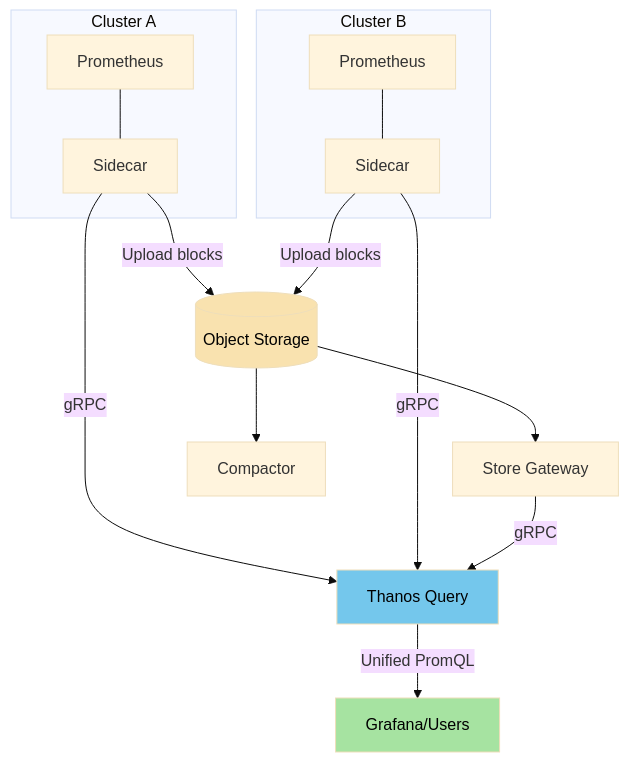
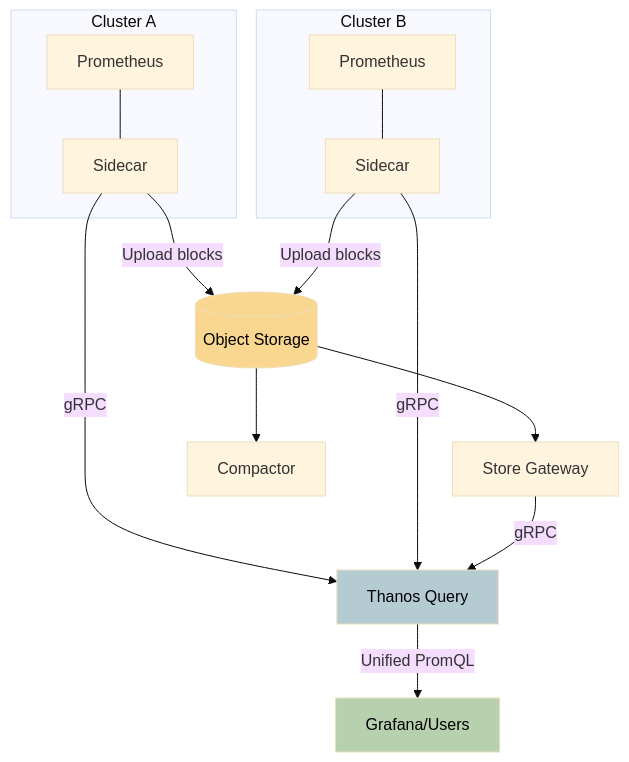
Before and after one commit to polo871209/blog: the diagram in src/content/logs/scaling_prometheus_with_thanos.md, drawn with Mermaid (base theme). The commit also changed 37 other files, not shown here.

````diff
--- a/src/content/logs/scaling_prometheus_with_thanos.md
+++ b/src/content/logs/scaling_prometheus_with_thanos.md
@@ -107,26 +107,26 @@
 ```mermaid
 graph TB
 subgraph "Cluster A"
 P1[Prometheus] --- S1[Sidecar]
 end
 
     subgraph "Cluster B"
         P2[Prometheus] --- S2[Sidecar]
     end
 
     S1 --> |gRPC| Q[Thanos Query]
     S2 --> |gRPC| Q
     S1 --> |Upload blocks| OBJ[(Object Storage)]
     S2 --> |Upload blocks| OBJ
 
     OBJ --> SG[Store Gateway]
     SG --> |gRPC| Q
 
     OBJ --> C[Compactor]
 
     Q --> |Unified PromQL| G[Grafana/Users]
 
-    style Q fill:#74c7ec,color:#000
-    style OBJ fill:#f9e2af,color:#000
-    style G fill:#a6e3a1,color:#000
+    style Q fill:#b5cbd2,color:#000
+    style OBJ fill:#f9d791,color:#000
+    style G fill:#b7d0ae,color:#000
 ```
````
